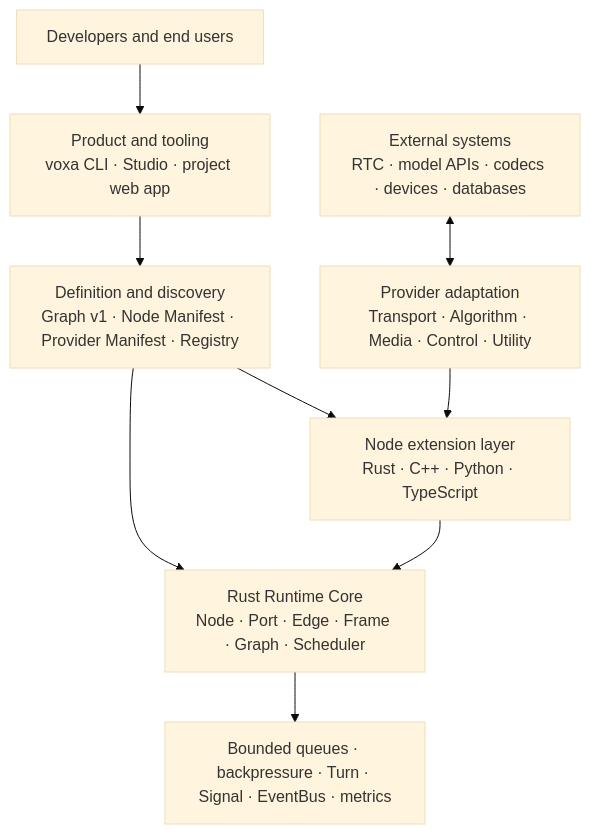
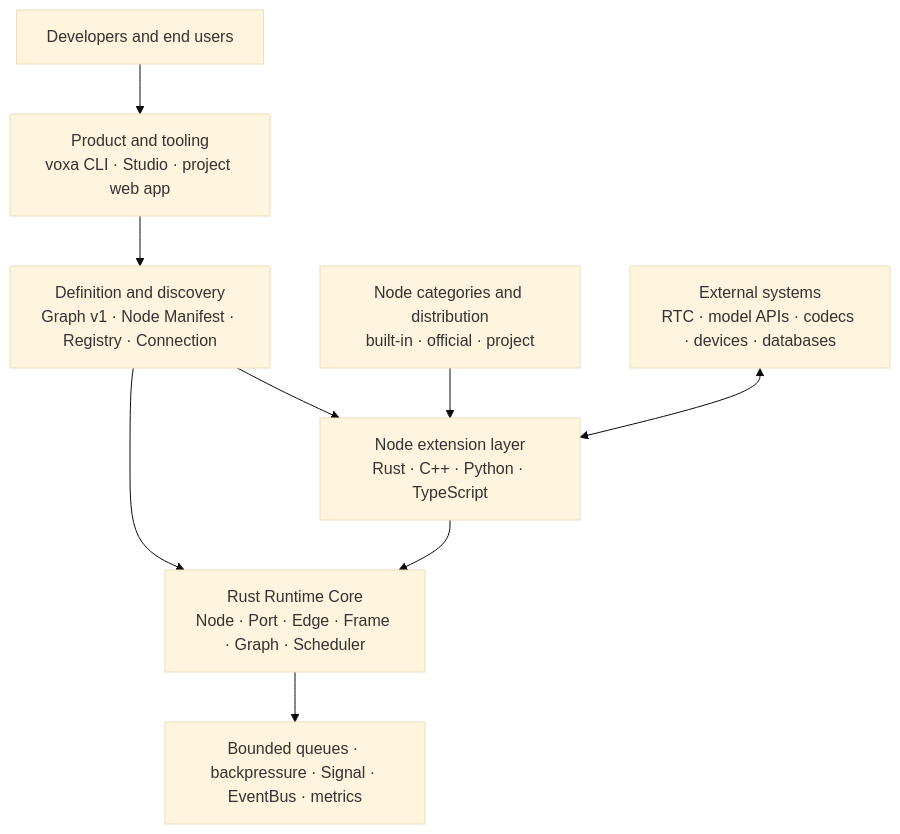
One commit to PiyotaHu/Voxa changed the first of 2 diagrams in docs/site/en/concepts.md. Above: the diagram before and after it, drawn with Mermaid (base theme). The commit also changed other lines of this file and 105 other files, not shown here.

````diff
--- a/docs/site/en/concepts.md
+++ b/docs/site/en/concepts.md
@@ -21,19 +21,19 @@
 ```mermaid
 flowchart TB
     DEV["Developers and end users"]
     SURFACE["Product and tooling<br/>voxa CLI · Studio · project web app"]
-    DEF["Definition and discovery<br/>Graph v1 · Node Manifest · Provider Manifest · Registry"]
+    DEF["Definition and discovery<br/>Graph v1 · Node Manifest · Registry · Connection"]
     LANG["Node extension layer<br/>Rust · C++ · Python · TypeScript"]
-    PROVIDER["Provider adaptation<br/>Transport · Algorithm · Media · Control · Utility"]
+    PACK["Node categories and distribution<br/>built-in · official · project"]
     CORE["Rust Runtime Core<br/>Node · Port · Edge · Frame · Graph · Scheduler"]
     EXTERNAL["External systems<br/>RTC · model APIs · codecs · devices · databases"]
 
     DEV --> SURFACE
     SURFACE --> DEF
     DEF --> LANG
     DEF --> CORE
     LANG --> CORE
-    PROVIDER --> LANG
-    EXTERNAL <--> PROVIDER
-    CORE --> OBS["Bounded queues · backpressure · Turn · Signal · EventBus · metrics"]
+    PACK --> LANG
+    EXTERNAL <--> LANG
+    CORE --> OBS["Bounded queues · backpressure · Signal · EventBus · metrics"]
 ```
````
